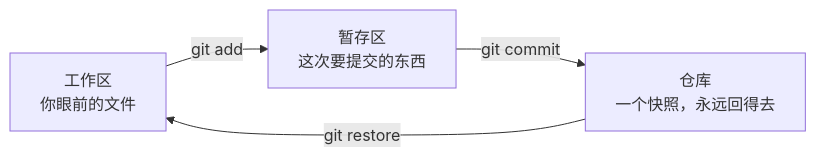
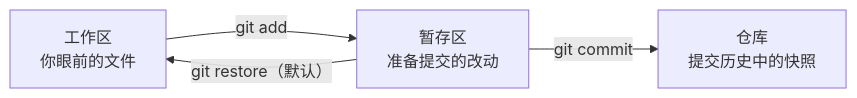
Before and after one commit to Dawn6666666/VibePrimer: the diagram in docs/start/git.md, drawn with Mermaid. The commit also changed other lines of this file and 35 other files, not shown here.

````diff
--- a/docs/start/git.md
+++ b/docs/start/git.md
@@ -59,6 +53,6 @@
 ```mermaid
 flowchart LR
-  A["工作区<br/>你眼前的文件"] -->|git add| B["暂存区<br/>这次要提交的东西"]
-  B -->|git commit| C["仓库<br/>一个快照，永远回得去"]
-  C -->|git restore| A
+  A["工作区<br/>你眼前的文件"] -->|git add| B["暂存区<br/>准备提交的改动"]
+  B -->|git commit| C["仓库<br/>提交历史中的快照"]
+  B -->|git restore（默认）| A
 ```
````
